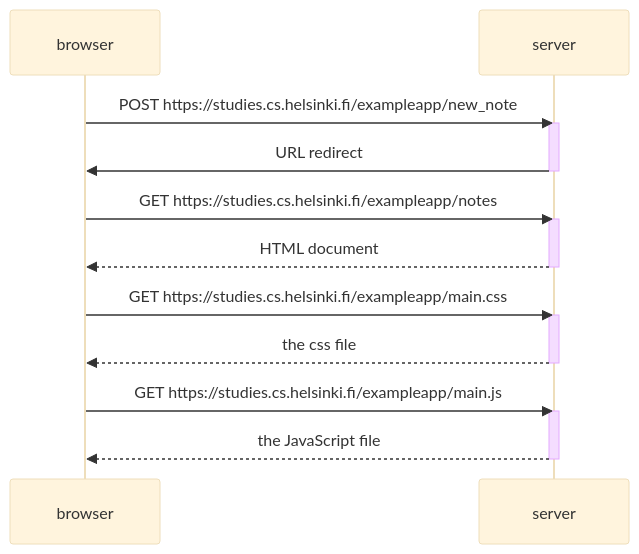
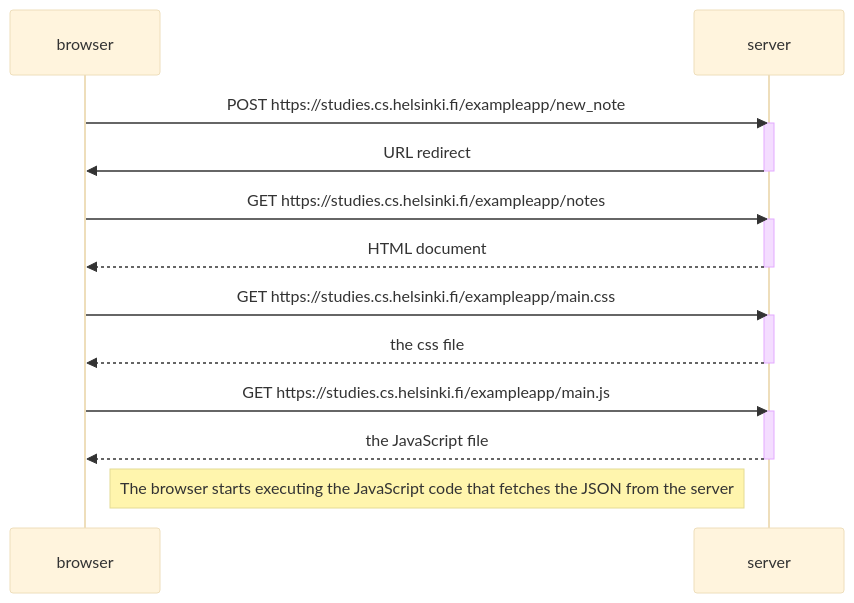
Before and after one commit to YourEverydayUser/Exercises-part0: the diagram in part 0.4.md, drawn with Mermaid (base theme).

Commit message:
Update part 0.4.md

````diff
--- a/part 0.4.md
+++ b/part 0.4.md
@@ -1,25 +1,27 @@
 ```mermaid
   sequenceDiagram
     participant browser
     participant server
     
     browser->>server: POST https://studies.cs.helsinki.fi/exampleapp/new_note
     activate server
     server->>browser: URL redirect
     deactivate server
     
     browser->>server: GET https://studies.cs.helsinki.fi/exampleapp/notes
     activate server
     server-->>browser: HTML document
     deactivate server
 
     browser->>server: GET https://studies.cs.helsinki.fi/exampleapp/main.css
     activate server
     server-->>browser: the css file
     deactivate server
 
     browser->>server: GET https://studies.cs.helsinki.fi/exampleapp/main.js
     activate server
     server-->>browser: the JavaScript file
     deactivate server
+    
+    Note right of browser: The browser starts executing the JavaScript code that fetches the JSON from the server
 ```
````
